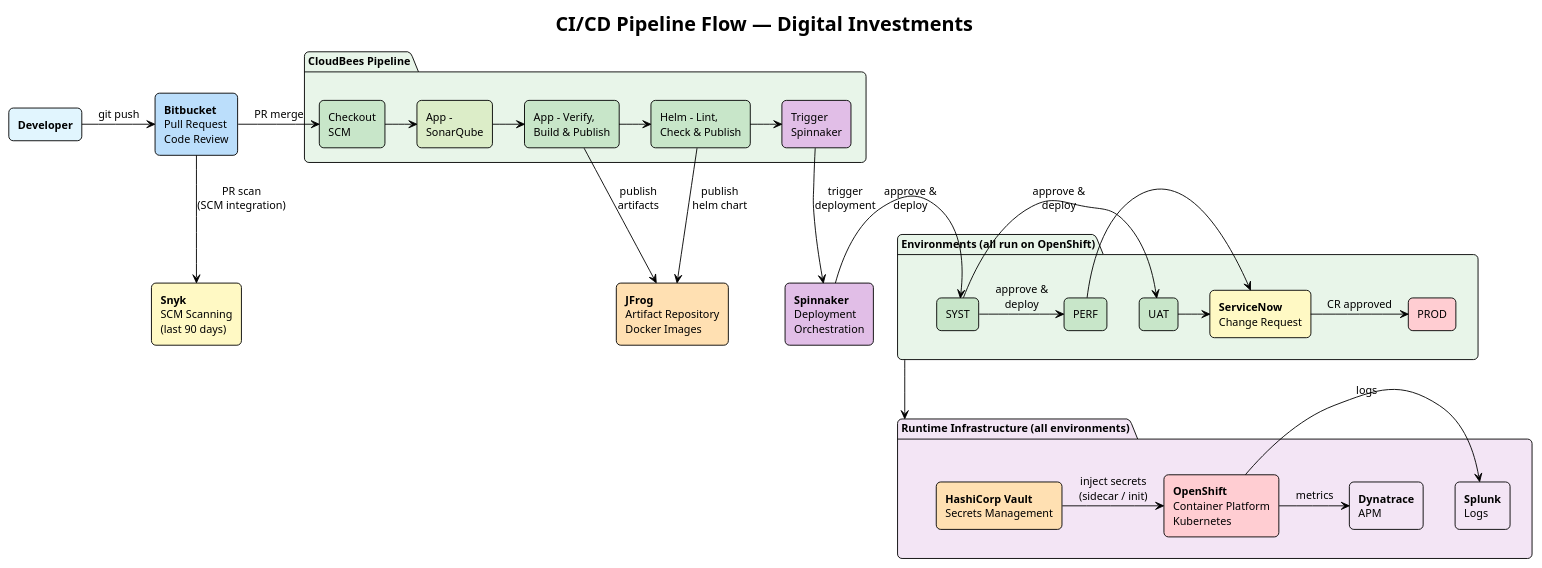
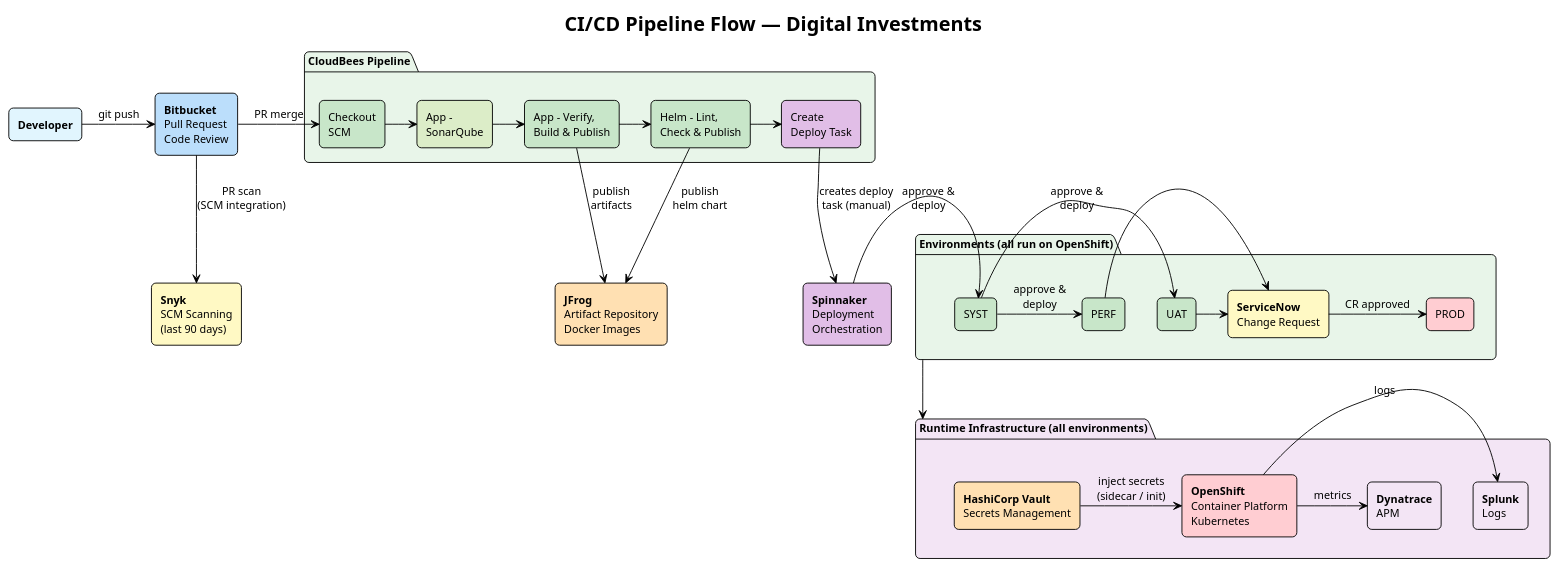
One commit to senthilknz/investments-api-planning changed the diagram in docs/diagrams/plantuml/06-pipeline-flow.puml. Above: the diagram before and after it, drawn with PlantUML. The commit also changed 2 other files, not shown here.

Commit message:
Clarify CloudBees creates deploy task, not auto-trigger
- CloudBees creates a Spinnaker deployment task as final pipeline stage
- Developer manually triggers deployment when ready
- Update pipeline diagram, stage descriptions, and Spinnaker tool details

```diff
--- a/docs/diagrams/plantuml/06-pipeline-flow.puml
+++ b/docs/diagrams/plantuml/06-pipeline-flow.puml
@@ -1,73 +1,73 @@
 @startuml 06-pipeline-flow
 !theme plain
 skinparam backgroundColor white
 skinparam defaultFontName Arial
 skinparam defaultFontSize 12
 skinparam roundCorner 10
 skinparam shadowing false
 
 skinparam rectangle {
     FontSize 12
 }
 
 title CI/CD Pipeline Flow — Digital Investments
 
 rectangle "**Developer**" as dev #E1F5FE
 rectangle "**Bitbucket**\nPull Request\nCode Review" as bb #BBDEFB
 rectangle "**Snyk**\nSCM Scanning\n(last 90 days)" as snyk #FFF9C4
 
 package "**CloudBees Pipeline**" as cbpkg #E8F5E9 {
     rectangle "Checkout\nSCM" as checkout #C8E6C9
     rectangle "App -\nSonarQube" as sonar #DCEDC8
     rectangle "App - Verify,\nBuild & Publish" as build #C8E6C9
     rectangle "Helm - Lint,\nCheck & Publish" as helm #C8E6C9
-    rectangle "Trigger\nSpinnaker" as cbtrigger #E1BEE7
+    rectangle "Create\nDeploy Task" as cbtrigger #E1BEE7
 }
 
 rectangle "**JFrog**\nArtifact Repository\nDocker Images" as jfrog #FFE0B2
 
 rectangle "**Spinnaker**\nDeployment\nOrchestration" as spin #E1BEE7
 
 package "**Environments** (all run on OpenShift)" as envpkg #E8F5E9 {
     rectangle "SYST" as syst #C8E6C9
     rectangle "UAT" as uat #C8E6C9
     rectangle "PERF" as perf #C8E6C9
     rectangle "**ServiceNow**\nChange Request" as cr #FFF9C4
     rectangle "PROD" as prod #FFCDD2
 }
 
 package "**Runtime Infrastructure** (all environments)" as runtime #F3E5F5 {
     rectangle "**OpenShift**\nContainer Platform\nKubernetes" as os #FFCDD2
     rectangle "**HashiCorp Vault**\nSecrets Management" as vault #FFE0B2
     rectangle "**Splunk**\nLogs" as splunk #F3E5F5
     rectangle "**Dynatrace**\nAPM" as dyna #F3E5F5
 }
 
 dev -right-> bb : git push
 bb -down-> snyk : PR scan\n(SCM integration)
 bb -right-> checkout : PR merge
 
 checkout -right-> sonar
 sonar -right-> build
 build -right-> helm
 helm -right-> cbtrigger
 
 build -down-> jfrog : publish\nartifacts
 helm -down-> jfrog : publish\nhelm chart
 
-cbtrigger -down-> spin : trigger\ndeployment
+cbtrigger -down-> spin : creates deploy\ntask (manual)
 
 spin -right-> syst : approve &\ndeploy
 syst -right-> uat : approve &\ndeploy
 syst -right-> perf : approve &\ndeploy
 uat -right-> cr
 perf -right-> cr
 cr -right-> prod : CR approved
 
 envpkg -down-> runtime
 
 vault -right-> os : inject secrets\n(sidecar / init)
 os -right-> splunk : logs
 os -right-> dyna : metrics
 
 @enduml
```
